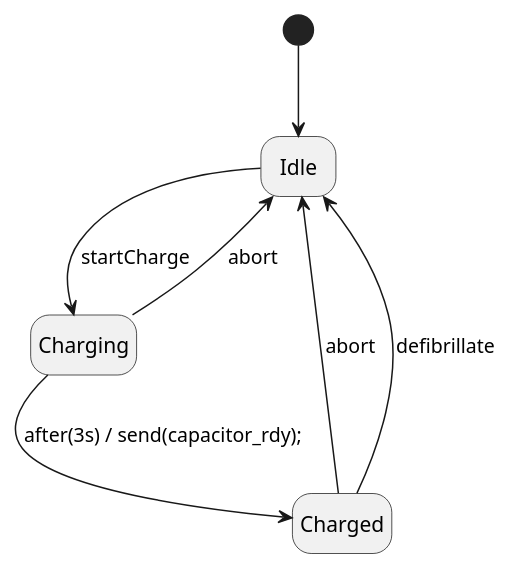
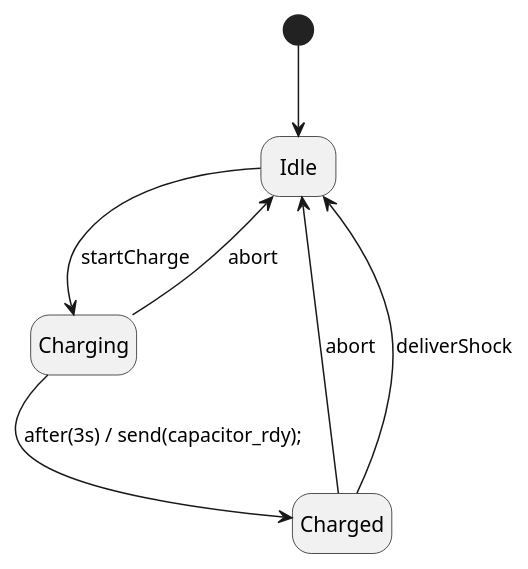
The diagram in capacitor_MAE.puml (Pyponou/defibrillator), drawn with PlantUML before and after one commit. The commit also changed 2 other files, not shown here.

```diff
--- a/capacitor_MAE.puml
+++ b/capacitor_MAE.puml
@@ -1,9 +1,9 @@
 @startuml
 hide empty description
 [*] --> Idle
 Idle --> Charging : startCharge
 Charging --> Charged : after(3s) / send(capacitor_rdy);
 Charging --> Idle : abort
 Charged --> Idle : abort
-Charged --> Idle : defibrillate
+Charged --> Idle : deliverShock
 @enduml
```
